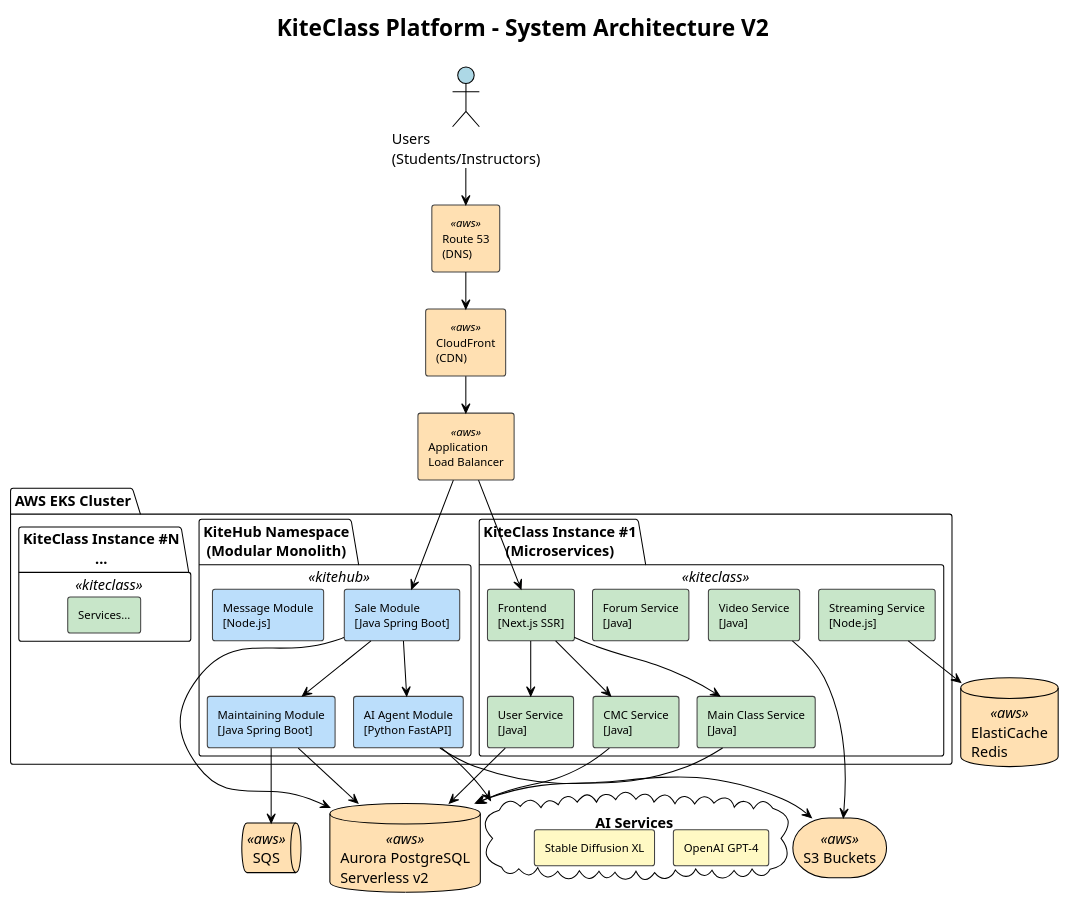
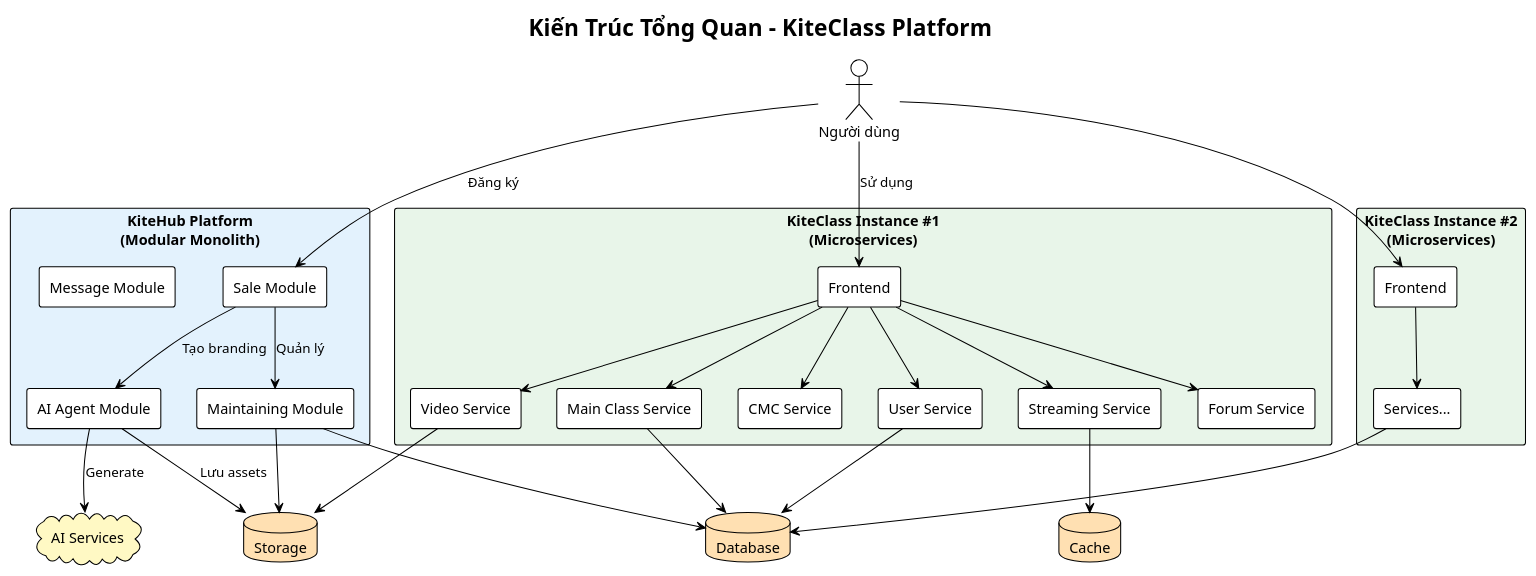
The diagram in diagrams/architecture-diagram.puml (VictorAurelius/2026-Kite-Class-Platform), drawn with PlantUML before and after one commit. The commit also changed 5 other files, not shown here.

```diff
--- a/diagrams/architecture-diagram.puml
+++ b/diagrams/architecture-diagram.puml
@@ -1,92 +1,64 @@
 @startuml KiteClass Platform Architecture
 !theme plain
-skinparam linetype ortho
-!pragma layout smetana
-skinparam rectangle {
-    BackgroundColor<<kitehub>> #E3F2FD
-    BackgroundColor<<kiteclass>> #E8F5E9
-    BackgroundColor<<aws>> #FFF3E0
-    BorderColor #424242
-    FontSize 11
+skinparam componentStyle rectangle
+
+title Kiến Trúc Tổng Quan - KiteClass Platform
+
+actor "Người dùng" as users
+
+rectangle "KiteHub Platform\n(Modular Monolith)" #E3F2FD {
+    component "Sale Module" as sale
+    component "AI Agent Module" as ai
+    component "Message Module" as message
+    component "Maintaining Module" as maintain
 }
 
-title KiteClass Platform - System Architecture V2
-
-' Users
-actor "Users\n(Students/Instructors)" as users #lightblue
-
-' AWS Edge Services
-rectangle "Route 53\n(DNS)" as route53 <<aws>> #FFE0B2
-rectangle "CloudFront\n(CDN)" as cloudfront <<aws>> #FFE0B2
-rectangle "Application\nLoad Balancer" as alb <<aws>> #FFE0B2
-
-' EKS Cluster
-package "AWS EKS Cluster" {
-
-    ' KiteHub Namespace
-    package "KiteHub Namespace\n(Modular Monolith)" <<kitehub>> {
-        rectangle "Sale Module\n[Java Spring Boot]" as sale #BBDEFB
-        rectangle "Message Module\n[Node.js]" as message #BBDEFB
-        rectangle "Maintaining Module\n[Java Spring Boot]" as maintain #BBDEFB
-        rectangle "AI Agent Module\n[Python FastAPI]" as ai #BBDEFB
-    }
-
-    ' KiteClass Instance
-    package "KiteClass Instance #1\n(Microservices)" <<kiteclass>> {
-        rectangle "Main Class Service\n[Java]" as mainclass #C8E6C9
-        rectangle "User Service\n[Java]" as user #C8E6C9
-        rectangle "CMC Service\n[Java]" as cmc #C8E6C9
-        rectangle "Video Service\n[Java]" as video #C8E6C9
-        rectangle "Streaming Service\n[Node.js]" as streaming #C8E6C9
-        rectangle "Forum Service\n[Java]" as forum #C8E6C9
-        rectangle "Frontend\n[Next.js SSR]" as frontend #C8E6C9
-    }
-
-    package "KiteClass Instance #N\n..." <<kiteclass>> {
-        rectangle "Services..." as more #C8E6C9
-    }
+rectangle "KiteClass Instance #1\n(Microservices)" #E8F5E9 {
+    component "Frontend" as fe1
+    component "Main Class Service" as main1
+    component "User Service" as user1
+    component "CMC Service" as cmc1
+    component "Video Service" as video1
+    component "Streaming Service" as stream1
+    component "Forum Service" as forum1
 }
 
-' Database Layer
-database "Aurora PostgreSQL\nServerless v2" as aurora <<aws>> #FFE0B2
-database "ElastiCache\nRedis" as redis <<aws>> #FFE0B2
-storage "S3 Buckets" as s3 <<aws>> #FFE0B2
-queue "SQS" as sqs <<aws>> #FFE0B2
-
-' External AI Services
-cloud "AI Services" as aiservices {
-    rectangle "OpenAI GPT-4" as gpt4 #FFF9C4
-    rectangle "Stable Diffusion XL" as sd #FFF9C4
+rectangle "KiteClass Instance #2\n(Microservices)" #E8F5E9 {
+    component "Frontend" as fe2
+    component "Services..." as services2
 }
 
-' User Flow
-users --> route53
-route53 --> cloudfront
-cloudfront --> alb
-alb --> sale
-alb --> frontend
+cloud "AI Services" as aicloud #FFF9C4
 
-' KiteHub Internal
-sale --> maintain
-sale --> ai
-ai --> aiservices
-maintain --> sqs
+database "Database" as db #FFE0B2
+database "Cache" as cache #FFE0B2
+database "Storage" as storage #FFE0B2
 
-' KiteHub to Storage
-ai --> s3
-sale --> aurora
-maintain --> aurora
+users --> sale : Đăng ký
+users --> fe1 : Sử dụng
+users --> fe2
 
-' Frontend to Backend Services
-frontend --> mainclass
-frontend --> user
-frontend --> cmc
+sale --> ai : Tạo branding
+sale --> maintain : Quản lý
+ai --> aicloud : Generate
+ai --> storage : Lưu assets
 
-' Services to Storage
-mainclass --> aurora
-user --> aurora
-cmc --> aurora
-video --> s3
-streaming --> redis
+maintain --> db
+maintain --> storage
+
+fe1 --> main1
+fe1 --> user1
+fe1 --> cmc1
+fe1 --> video1
+fe1 --> stream1
+fe1 --> forum1
+
+main1 --> db
+user1 --> db
+video1 --> storage
+stream1 --> cache
+
+fe2 --> services2
+services2 --> db
 
 @enduml
```
